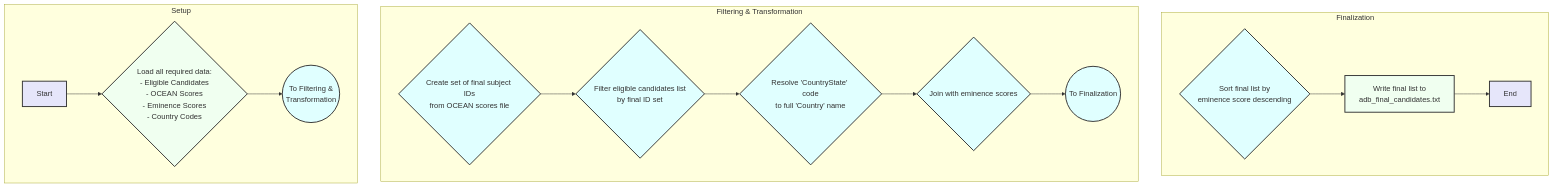
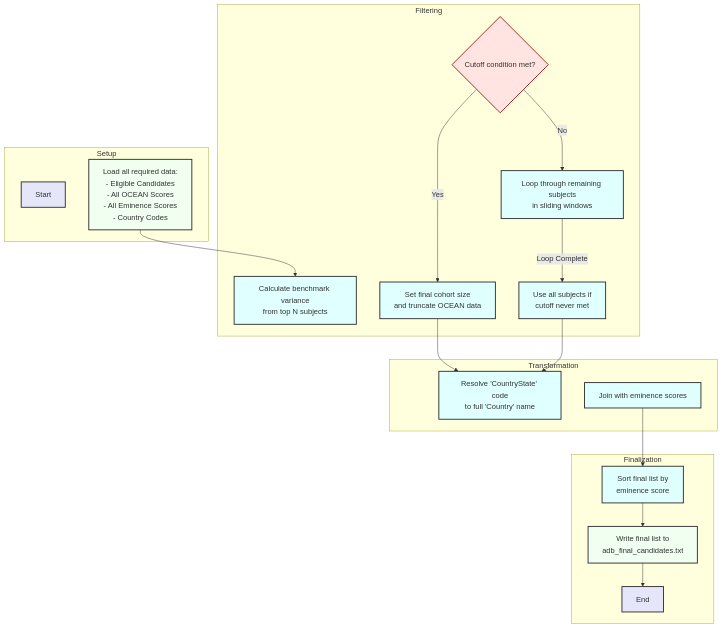
One commit to peterjmarko/llm-narrative-framework changed the diagram in docs/diagrams/logic_prep_final_candidates.mmd. Above: the diagram before and after it, drawn with Mermaid. The commit also changed 27 other files, not shown here.

```diff
--- a/docs/diagrams/logic_prep_final_candidates.mmd
+++ b/docs/diagrams/logic_prep_final_candidates.mmd
@@ -1,33 +1,42 @@
 flowchart TD
     %% Style Definitions
     classDef startEnd fill:#e6e6fa,stroke:#333,stroke-width:2px
     classDef process fill:#e0ffff,stroke:#333,stroke-width:2px
     classDef fileIO fill:#f0fff0,stroke:#333,stroke-width:2px
+    classDef decision fill:#ffe4e1,stroke:#b22222,stroke-width:2px
 
-    subgraph col1 ["Finalization"]
-        G{"Sort final list by<br/>eminence score descending"}
-        H["Write final list to<br/>adb_final_candidates.txt"]
-        I[End]
-        G --> H --> I
+    subgraph "Finalization"
+        J["Sort final list by<br/>eminence score"]
+        K["Write final list to<br/>adb_final_candidates.txt"]
+        L[End]
+        J --> K --> L
     end
 
-    subgraph col2 ["Filtering & Transformation"]
-        C{"Create set of final subject IDs<br/>from OCEAN scores file"}
-        D{"Filter eligible candidates list<br/>by final ID set"}
-        E{"Resolve 'CountryState' code<br/>to full 'Country' name"}
-        F{"Join with eminence scores"}
-        F_cont((To Finalization))
-        C --> D --> E --> F --> F_cont
+    subgraph "Transformation"
+        H["Resolve 'CountryState' code<br/>to full 'Country' name"]
+        I["Join with eminence scores"]
+        I --> J
     end
     
-    subgraph col3 ["Setup"]
+    subgraph "Filtering"
+        C["Calculate benchmark variance<br/>from top N subjects"]
+        D["Loop through remaining subjects<br/>in sliding windows"]
+        E{Cutoff condition met?}
+        E -- Yes --> F["Set final cohort size<br/>and truncate OCEAN data"]
+        E -- No --> D
+        D -- Loop Complete --> G["Use all subjects if<br/>cutoff never met"]
+        F --> H
+        G --> H
+    end
+
+    subgraph "Setup"
         A[Start]
-        B{"Load all required data:<br/>- Eligible Candidates<br/>- OCEAN Scores<br/>- Eminence Scores<br/>- Country Codes"}
-        B_cont(("To Filtering &<br/>Transformation"))
-        A --> B --> B_cont
+        B["Load all required data:<br/>- Eligible Candidates<br/>- All OCEAN Scores<br/>- All Eminence Scores<br/>- Country Codes"]
+        B --> C
     end
     
     %% Apply Styles
-    class A,I startEnd
-    class C,D,E,F,G,B_cont,F_cont process
-    class B,H fileIO
+    class A,L startEnd
+    class C,D,F,G,H,I,J process
+    class B,K fileIO
+    class E decision
```
